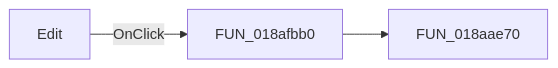
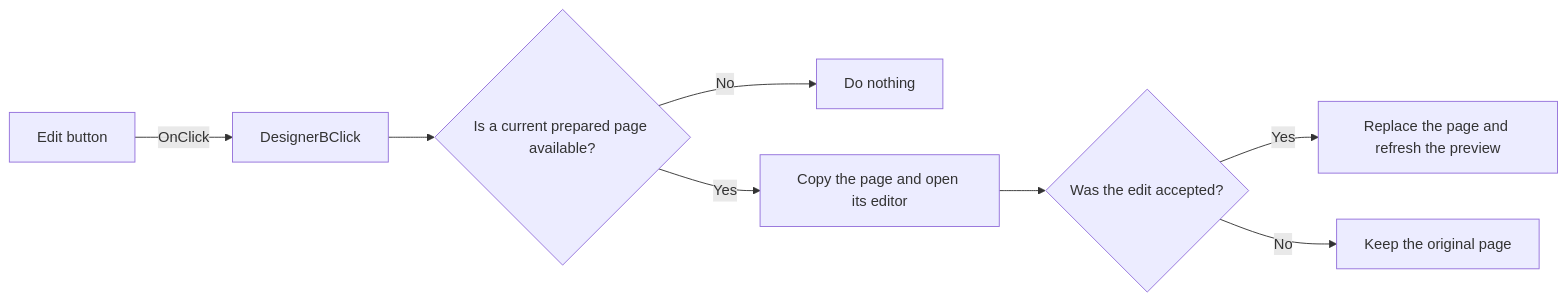
One commit to MovGP0/TIARA changed the diagram in docs/ui-controls/frxpreviewform/designerb-a564d62985.md. Above: the diagram before and after it, drawn with Mermaid. The commit also changed other lines of this file and 387 other files, not shown here.

````diff
--- a/docs/ui-controls/frxpreviewform/designerb-a564d62985.md
+++ b/docs/ui-controls/frxpreviewform/designerb-a564d62985.md
@@ -27,5 +27,10 @@
 ```mermaid
 flowchart LR
-    control["Edit"] -->|OnClick| handler["FUN_018afbb0"]
-    handler --> call1["FUN_018aae70"]
+    control["Edit button"] -->|OnClick| handler["DesignerBClick"]
+    handler --> page{"Is a current prepared page available?"}
+    page -->|No| noop["Do nothing"]
+    page -->|Yes| edit["Copy the page and open its editor"]
+    edit --> accepted{"Was the edit accepted?"}
+    accepted -->|Yes| apply["Replace the page and refresh the preview"]
+    accepted -->|No| keep["Keep the original page"]
 ```
````
